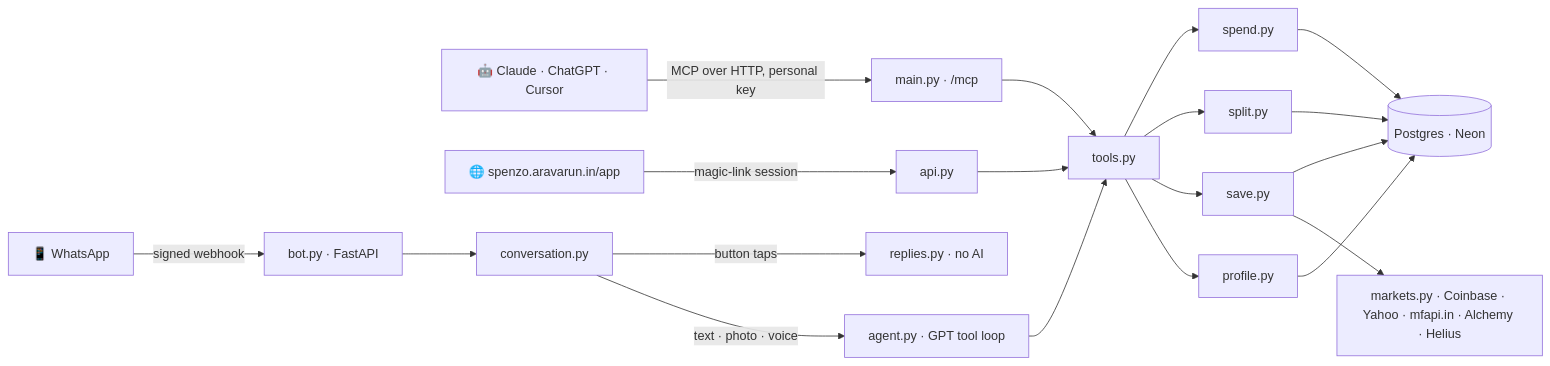
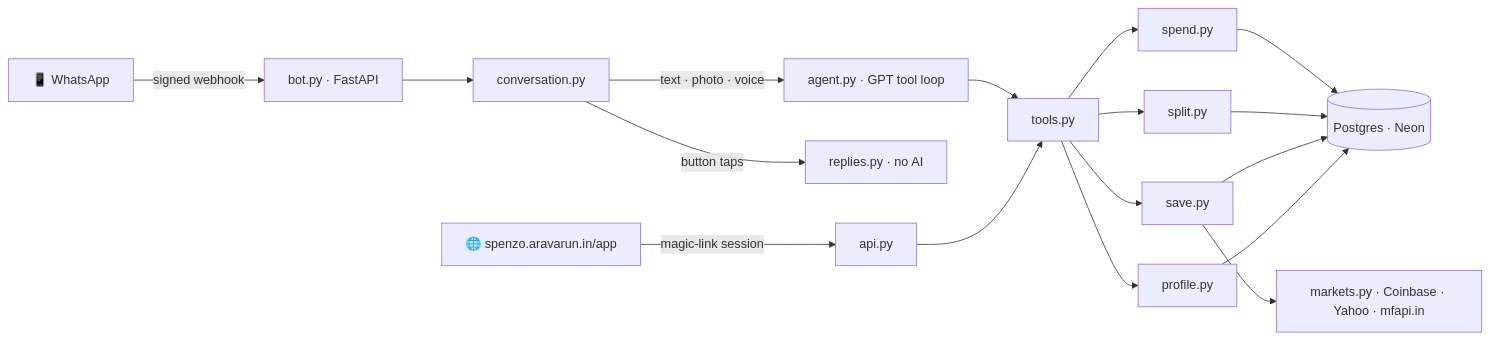
One commit to Arav-Arun/Spenzo changed the diagram in README.md. Above: the diagram before and after it, drawn with Mermaid. The commit also changed other lines of this file and 58 other files, not shown here.

First line of the commit message:
Agent features: forward statements and bills, quiet ticks, Baaz stickers, charts, Wrapped

````diff
--- a/README.md
+++ b/README.md
@@ -45,15 +48,13 @@
 ```mermaid
 flowchart LR
     WA["📱 WhatsApp"] -->|"signed webhook"| BOT["bot.py · FastAPI"]
-    AI["🤖 Claude · ChatGPT · Cursor"] -->|"MCP over HTTP, personal key"| MCP["main.py · /mcp"]
     WEB["🌐 spenzo.aravarun.in/app"] -->|"magic-link session"| API["api.py"]
     BOT --> CONV["conversation.py"]
     CONV -->|"button taps"| REPLIES["replies.py · no AI"]
     CONV -->|"text · photo · voice"| AGENT["agent.py · GPT tool loop"]
     AGENT --> TOOLS["tools.py"]
-    MCP --> TOOLS
     API --> TOOLS
     TOOLS --> SPEND["spend.py"] & SPLIT["split.py"] & SAVE["save.py"] & PROFILE["profile.py"]
     SPEND & SPLIT & SAVE & PROFILE --> DB[("Postgres · Neon")]
-    SAVE --> MARKETS["markets.py · Coinbase · Yahoo · mfapi.in · Alchemy · Helius"]
+    SAVE --> MARKETS["markets.py · Coinbase · Yahoo · mfapi.in"]
 ```
````
